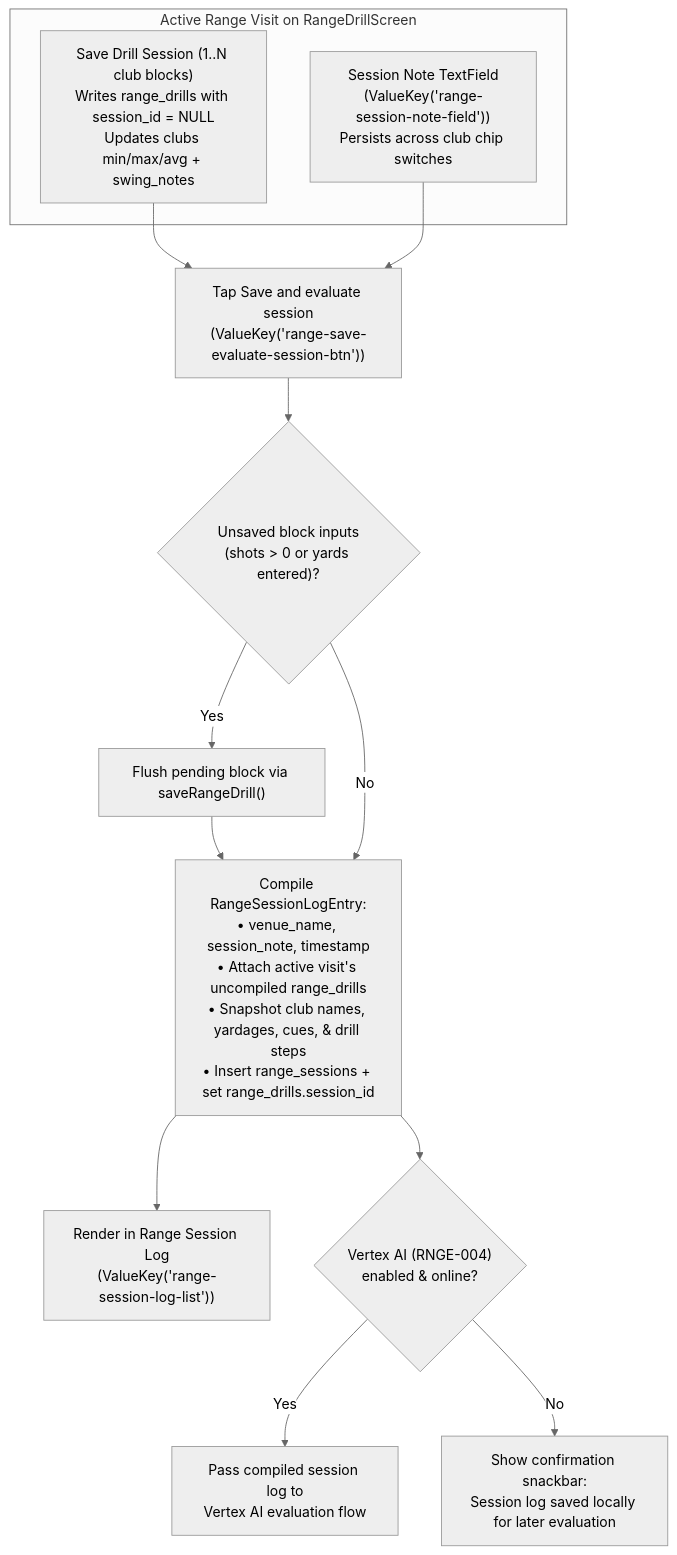
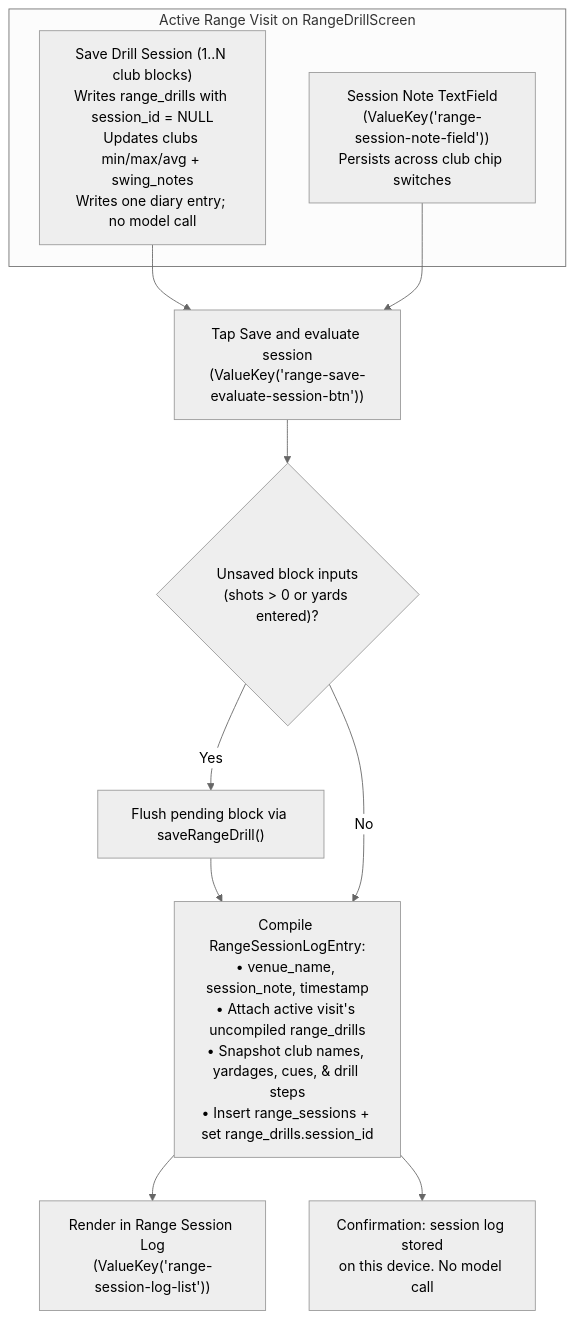
The second of 4 diagrams in docs/context/Architecture.md (ograva/My-Golf-Diary), drawn with Mermaid (neutral theme) before and after one commit. The commit also changed other lines of this file, not shown here.

First line of the commit message:
docs(Architecture): align §5.7 with the RNGE-004 diary thread (#81)

````diff
--- a/docs/context/Architecture.md
+++ b/docs/context/Architecture.md
@@ -199,25 +200,21 @@
 ```mermaid
 flowchart TD
   subgraph Active_Range_Visit [Active Range Visit on RangeDrillScreen]
-    ClubBlocks["Save Drill Session (1..N club blocks)\nWrites range_drills with session_id = NULL\nUpdates clubs min/max/avg + swing_notes"]
+    ClubBlocks["Save Drill Session (1..N club blocks)\nWrites range_drills with session_id = NULL\nUpdates clubs min/max/avg + swing_notes\nWrites one diary entry; no model call"]
     SessionNote["Session Note TextField\n(ValueKey('range-session-note-field'))\nPersists across club chip switches"]
   end
   Trigger["Tap Save and evaluate session\n(ValueKey('range-save-evaluate-session-btn'))"]
   Flush{"Unsaved block inputs\n(shots > 0 or yards entered)?"}
   SavePending["Flush pending block via saveRangeDrill()"]
   Compile["Compile RangeSessionLogEntry:\n• venue_name, session_note, timestamp\n• Attach active visit's uncompiled range_drills\n• Snapshot club names, yardages, cues, & drill steps\n• Insert range_sessions + set range_drills.session_id"]
   UIList["Render in Range Session Log\n(ValueKey('range-session-log-list'))"]
-  EvalGate{"Vertex AI (RNGE-004)\nenabled & online?"}
-  RunEval["Pass compiled session log to\nVertex AI evaluation flow"]
-  SavedOffline["Show confirmation snackbar:\nSession log saved locally for later evaluation"]
+  Saved["Confirmation: session log stored\non this device. No model call"]
 
   ClubBlocks --> Trigger
   SessionNote --> Trigger
   Trigger --> Flush
   Flush -->|Yes| SavePending --> Compile
   Flush -->|No| Compile
   Compile --> UIList
-  Compile --> EvalGate
-  EvalGate -->|Yes| RunEval
-  EvalGate -->|No| SavedOffline
+  Compile --> Saved
 ```
````
